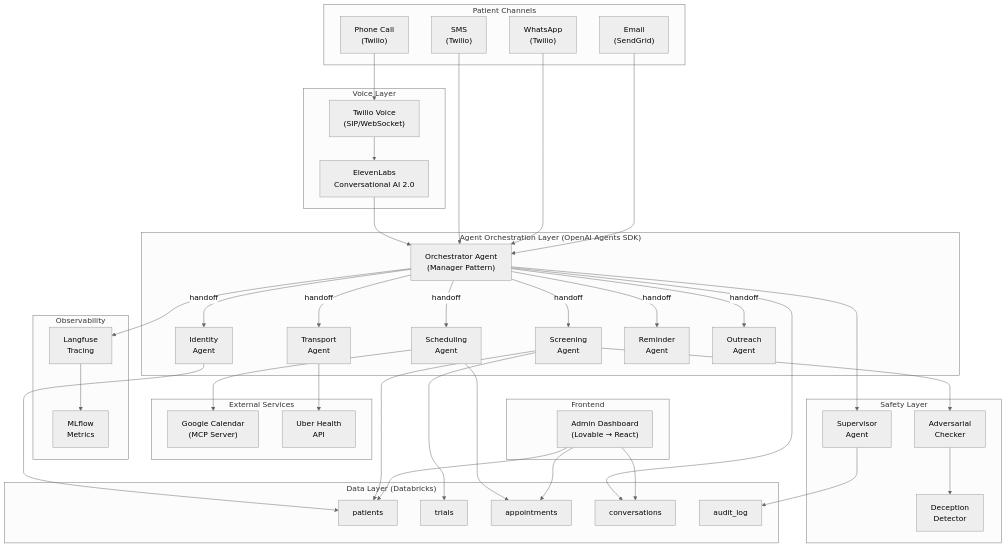
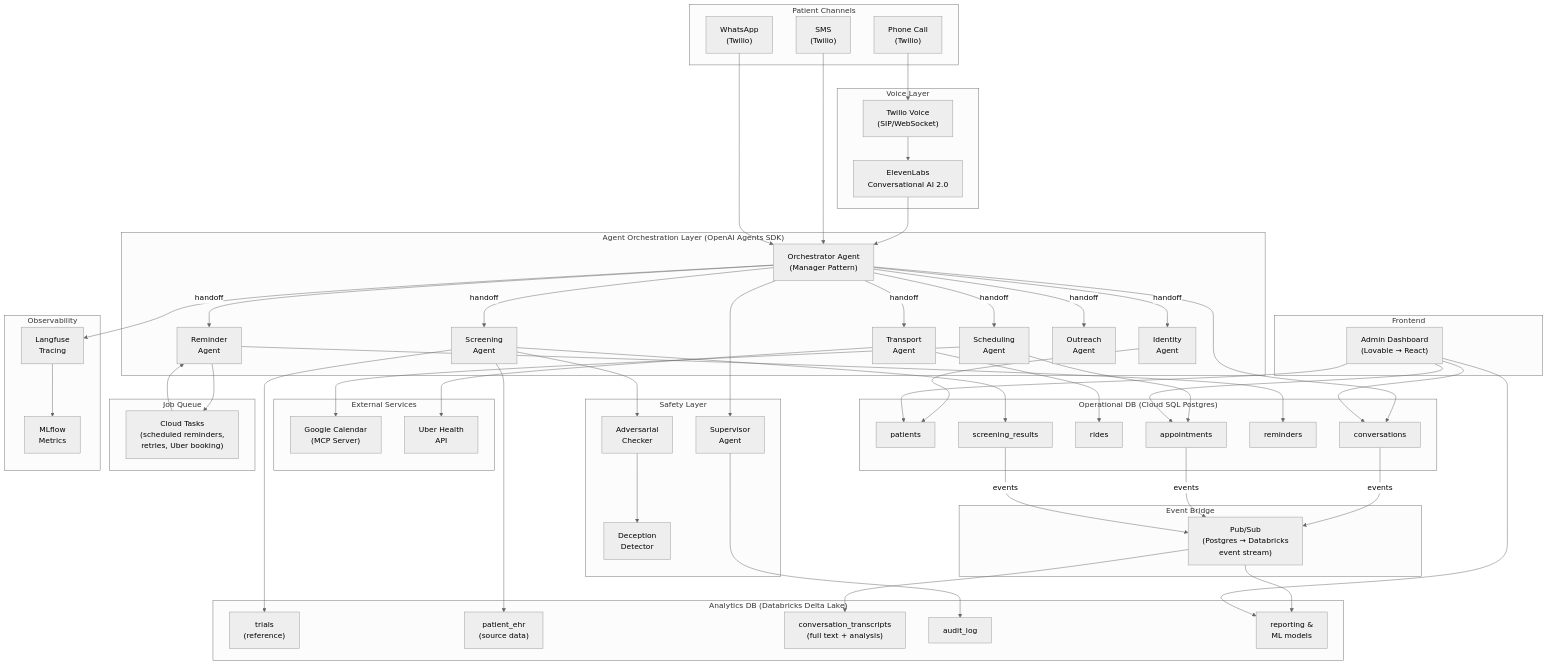
One commit to wilsonwolf/ask_mary changed the first of 10 diagrams in local_docs/ask_mary_plan.md. Above: the diagram before and after it, drawn with Mermaid (neutral theme). The commit also changed other lines of this file and 1 other file, not shown here.

First line of the commit message:
docs: add agent dev workflow plan, update architecture for hybrid data layer and GCP

````diff
--- a/local_docs/ask_mary_plan.md
+++ b/local_docs/ask_mary_plan.md
@@ -264,7 +266,6 @@
         PHONE["Phone Call<br/>(Twilio)"]
         SMS["SMS<br/>(Twilio)"]
         WA["WhatsApp<br/>(Twilio)"]
-        EMAIL["Email<br/>(SendGrid)"]
     end
 
     subgraph "Voice Layer"
@@ -293,12 +294,29 @@
         UBER["Uber Health<br/>API"]
     end
 
-    subgraph "Data Layer (Databricks)"
-        DB_PATIENTS["patients"]
-        DB_TRIALS["trials"]
-        DB_APPTS["appointments"]
-        DB_CONVOS["conversations"]
+    subgraph "Operational DB (Cloud SQL Postgres)"
+        PG_PATIENTS["patients"]
+        PG_APPTS["appointments"]
+        PG_RIDES["rides"]
+        PG_CONVOS["conversations"]
+        PG_REMINDERS["reminders"]
+        PG_SCREENING["screening_results"]
+    end
+
+    subgraph "Analytics DB (Databricks Delta Lake)"
+        DB_TRIALS["trials<br/>(reference)"]
+        DB_EHR["patient_ehr<br/>(source data)"]
+        DB_TRANSCRIPTS["conversation_transcripts<br/>(full text + analysis)"]
         DB_AUDIT["audit_log"]
+        DB_ANALYTICS["reporting &<br/>ML models"]
+    end
+
+    subgraph "Job Queue"
+        CT["Cloud Tasks<br/>(scheduled reminders,<br/>retries, Uber booking)"]
+    end
+
+    subgraph "Event Bridge"
+        PS["Pub/Sub<br/>(Postgres → Databricks<br/>event stream)"]
     end
 
     subgraph "Observability"
@@ -314,7 +332,6 @@
     EL --> ORCH
     SMS --> ORCH
     WA --> ORCH
-    EMAIL --> ORCH
 
     ORCH -->|handoff| ID_AGT
     ORCH -->|handoff| SCREEN_AGT
@@ -331,17 +348,30 @@
 
     ORCH --> SUPER
 
-    ID_AGT --> DB_PATIENTS
+    ID_AGT --> PG_PATIENTS
     SCREEN_AGT --> DB_TRIALS
-    SCREEN_AGT --> DB_PATIENTS
-    SCHED_AGT --> DB_APPTS
-    ORCH --> DB_CONVOS
+    SCREEN_AGT --> DB_EHR
+    SCREEN_AGT --> PG_SCREENING
+    SCHED_AGT --> PG_APPTS
+    TRANS_AGT --> PG_RIDES
+    REMIND_AGT --> PG_REMINDERS
+    ORCH --> PG_CONVOS
     SUPER --> DB_AUDIT
+
+    REMIND_AGT --> CT
+    CT --> REMIND_AGT
+
+    PG_CONVOS -->|events| PS
+    PG_APPTS -->|events| PS
+    PG_SCREENING -->|events| PS
+    PS --> DB_TRANSCRIPTS
+    PS --> DB_ANALYTICS
 
     ORCH --> LF
     LF --> MLF
 
-    DASH --> DB_PATIENTS
-    DASH --> DB_APPTS
-    DASH --> DB_CONVOS
+    DASH --> PG_PATIENTS
+    DASH --> PG_APPTS
+    DASH --> PG_CONVOS
+    DASH --> DB_ANALYTICS
 ```
````
